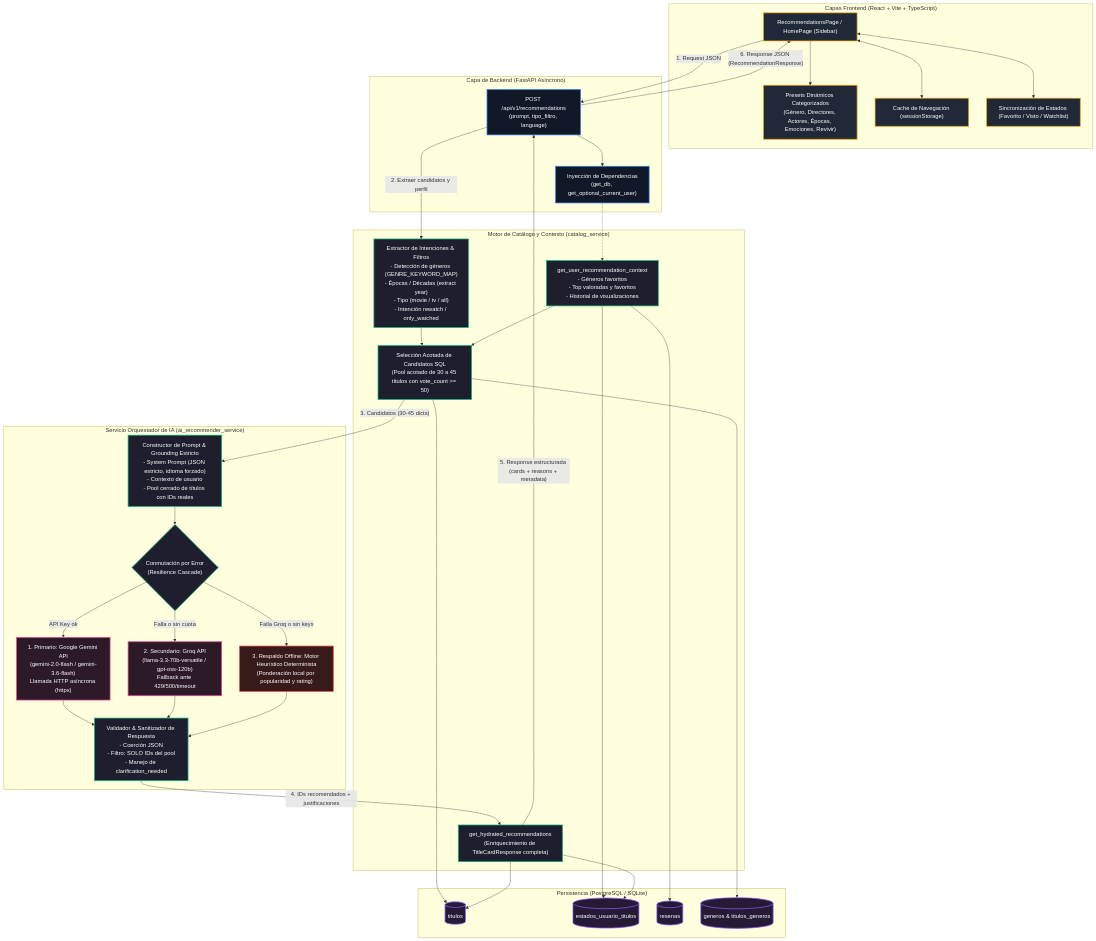
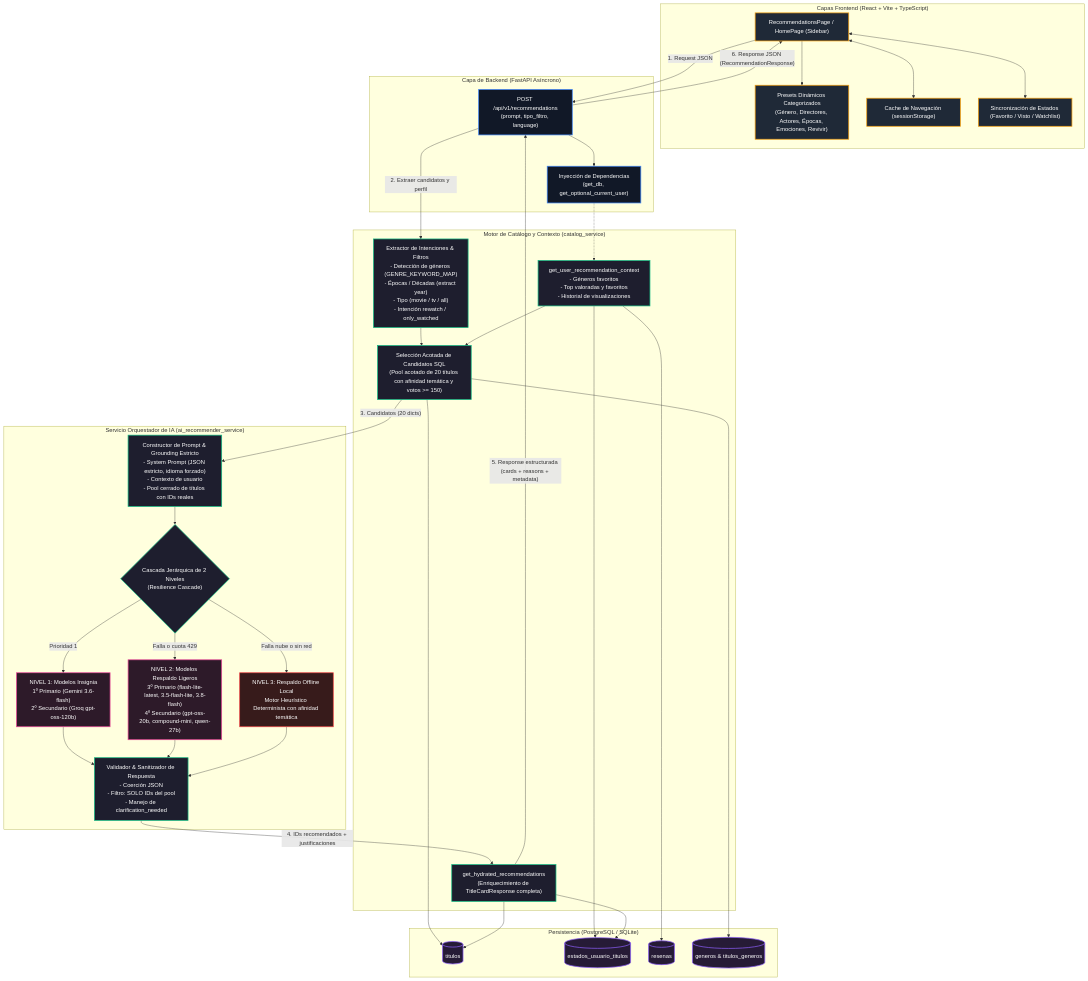
Before and after one commit to damianvc31/CineTrack: the diagram in docs/ARQUITECTURA_RECOMENDADOR.md, drawn with Mermaid. The commit also changed other lines of this file and 4 other files, not shown here.

Commit message:
docs: sync architecture, catalog specs, recommender docs and deployment roadmap

````diff
--- a/docs/ARQUITECTURA_RECOMENDADOR.md
+++ b/docs/ARQUITECTURA_RECOMENDADOR.md
@@ -9,81 +9,81 @@
 ```mermaid
 flowchart TD
     %% Estilos y Definiciones
     classDef client fill:#1f2937,stroke:#f59e0b,stroke-width:2px,color:#fff;
     classDef api fill:#111827,stroke:#3b82f6,stroke-width:2px,color:#fff;
     classDef service fill:#1e1e2e,stroke:#10b981,stroke-width:2px,color:#fff;
     classDef db fill:#261b36,stroke:#8b5cf6,stroke-width:2px,color:#fff;
     classDef ai fill:#2d1a29,stroke:#ec4899,stroke-width:2px,color:#fff;
     classDef fallback fill:#371b1b,stroke:#ef4444,stroke-width:2px,color:#fff;
 
     subgraph CLIENTE["Capas Frontend (React + Vite + TypeScript)"]
         UI["RecommendationsPage / HomePage (Sidebar)"]:::client
         PRESETS["Presets Dinámicos Categorizados\n(Género, Directores, Actores, Épocas, Emociones, Revivir)"]:::client
         CACHE["Cache de Navegación (sessionStorage)"]:::client
         SYNC["Sincronización de Estados (Favorito / Visto / Watchlist)"]:::client
         
         UI --> PRESETS
         UI <--> CACHE
         UI <--> SYNC
     end
 
     subgraph BACKEND["Capa de Backend (FastAPI Asíncrono)"]
         ENDPOINT["POST /api/v1/recommendations\n(prompt, tipo_filtro, language)"]:::api
         AUTH["Inyección de Dependencias\n(get_db, get_optional_current_user)"]:::api
         
         ENDPOINT --> AUTH
     end
 
     subgraph CATALOG["Motor de Catálogo y Contexto (catalog_service)"]
         PARSER["Extractor de Intenciones & Filtros\n- Detección de géneros (GENRE_KEYWORD_MAP)\n- Épocas / Décadas (extract year)\n- Tipo (movie / tv / all)\n- Intención rewatch / only_watched"]:::service
         CTX_USER["get_user_recommendation_context\n- Géneros favoritos\n- Top valoradas y favoritos\n- Historial de visualizaciones"]:::service
-        SQL_POOL["Selección Acotada de Candidatos SQL\n(Pool acotado de 30 a 45 títulos con vote_count >= 50)"]:::service
+        SQL_POOL["Selección Acotada de Candidatos SQL\n(Pool acotado de 20 títulos con afinidad temática y votos >= 150)"]:::service
         HYDRATE["get_hydrated_recommendations\n(Enriquecimiento de TitleCardResponse completa)"]:::service
 
         PARSER --> SQL_POOL
         CTX_USER --> SQL_POOL
     end
 
     subgraph PERSISTENCIA["Persistencia (PostgreSQL / SQLite)"]
         DB_TITULOS[(titulos)]:::db
         DB_ESTADOS[(estados_usuario_titulos)]:::db
         DB_RESENAS[(resenas)]:::db
         DB_GENEROS[(generos & titulos_generos)]:::db
 
         SQL_POOL --> DB_TITULOS
         SQL_POOL --> DB_GENEROS
         CTX_USER --> DB_ESTADOS
         CTX_USER --> DB_RESENAS
         HYDRATE --> DB_TITULOS
         HYDRATE --> DB_ESTADOS
     end
 
     subgraph AI_ENGINE["Servicio Orquestador de IA (ai_recommender_service)"]
         PROMPT_BUILDER["Constructor de Prompt & Grounding Estricto\n- System Prompt (JSON estricto, idioma forzado)\n- Contexto de usuario\n- Pool cerrado de títulos con IDs reales"]:::service
-        CASCADE{"Conmutación por Error\n(Resilience Cascade)"}:::service
+        CASCADE{"Cascada Jerárquica de 2 Niveles\n(Resilience Cascade)"}:::service
         
-        GEMINI["1. Primario: Google Gemini API\n(gemini-2.0-flash / gemini-3.6-flash)\nLlamada HTTP asíncrona (httpx)"]:::ai
-        GROQ["2. Secundario: Groq API\n(llama-3.3-70b-versatile / gpt-oss-120b)\nFallback ante 429/500/timeout"]:::ai
-        HEURISTIC["3. Respaldo Offline: Motor Heurístico Determinista\n(Ponderación local por popularidad y rating)"]:::fallback
+        FLAGSHIP["NIVEL 1: Modelos Insignia\n1º Primario (Gemini 3.6-flash)\n2º Secundario (Groq gpt-oss-120b)"]:::ai
+        FALLBACK_MODELS["NIVEL 2: Modelos Respaldo Ligeros\n3º Primario (flash-lite-latest, 3.5-flash-lite, 3.8-flash)\n4º Secundario (gpt-oss-20b, compound-mini, qwen-27b)"]:::ai
+        HEURISTIC["NIVEL 3: Respaldo Offline Local\nMotor Heurístico Determinista con afinidad temática"]:::fallback
         
         VALIDATOR["Validador & Sanitizador de Respuesta\n- Coerción JSON\n- Filtro: SOLO IDs del pool\n- Manejo de clarification_needed"]:::service
 
         PROMPT_BUILDER --> CASCADE
-        CASCADE -- "API Key ok" --> GEMINI
-        CASCADE -- "Falla o sin cuota" --> GROQ
-        CASCADE -- "Falla Groq o sin keys" --> HEURISTIC
+        CASCADE -- "Prioridad 1" --> FLAGSHIP
+        CASCADE -- "Falla o cuota 429" --> FALLBACK_MODELS
+        CASCADE -- "Falla nube o sin red" --> HEURISTIC
         
-        GEMINI --> VALIDATOR
-        GROQ --> VALIDATOR
+        FLAGSHIP --> VALIDATOR
+        FALLBACK_MODELS --> VALIDATOR
         HEURISTIC --> VALIDATOR
     end
 
     %% Conexiones entre componentes
     UI -- "1. Request JSON" --> ENDPOINT
     ENDPOINT -- "2. Extraer candidatos y perfil" --> PARSER
     AUTH -.-> CTX_USER
-    SQL_POOL -- "3. Candidatos (30-45 dicts)" --> PROMPT_BUILDER
+    SQL_POOL -- "3. Candidatos (20 dicts)" --> PROMPT_BUILDER
     VALIDATOR -- "4. IDs recomendados + justificaciones" --> HYDRATE
     HYDRATE -- "5. Response estructurada (cards + reasons + metadata)" --> ENDPOINT
     ENDPOINT -- "6. Response JSON (RecommendationResponse)" --> UI
 ```
````
